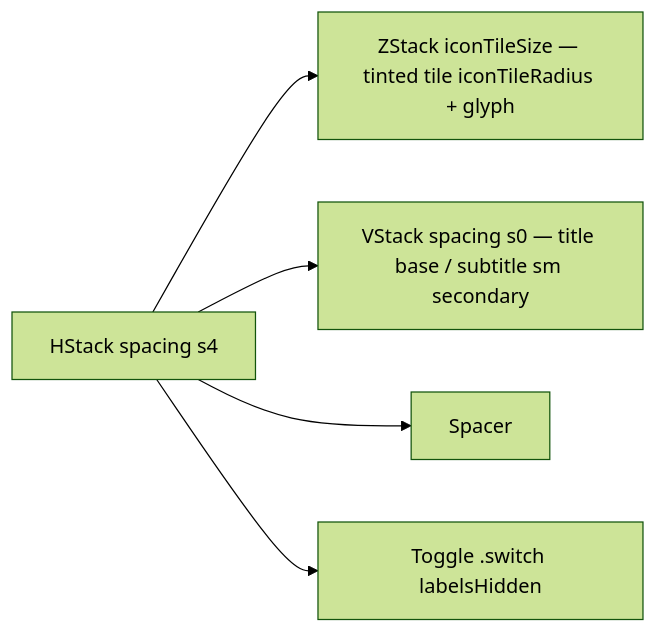
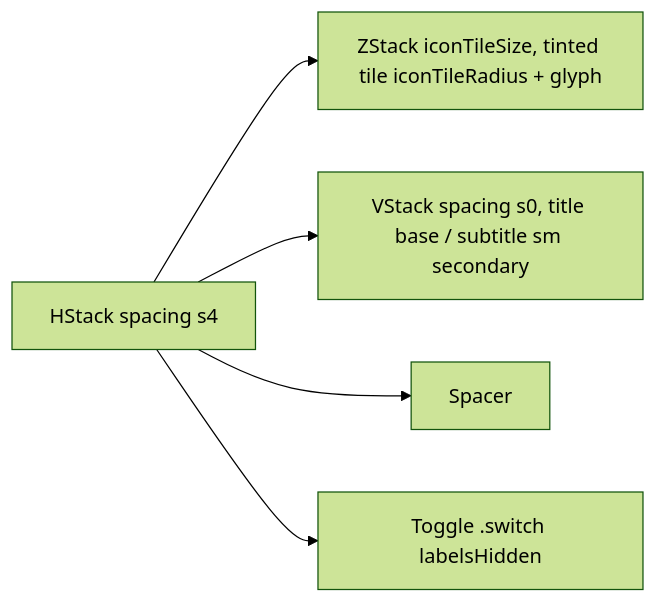
One commit to MrDemonWolf/WolfWave changed the diagram in design-system/components/onboarding-toggle-card.md. Above: the diagram before and after it, drawn with Mermaid (forest theme). The commit also changed other lines of this file and 152 other files, not shown here.

````diff
--- a/design-system/components/onboarding-toggle-card.md
+++ b/design-system/components/onboarding-toggle-card.md
@@ -41,7 +41,7 @@
 ```mermaid
 graph LR
-  Card[HStack spacing s4] --> Tile[ZStack iconTileSize — tinted tile iconTileRadius + glyph]
-  Card --> Text[VStack spacing s0 — title base / subtitle sm secondary]
+  Card[HStack spacing s4] --> Tile[ZStack iconTileSize, tinted tile iconTileRadius + glyph]
+  Card --> Text[VStack spacing s0, title base / subtitle sm secondary]
   Card --> Spacer
   Card --> Switch[Toggle .switch labelsHidden]
 ```
````
